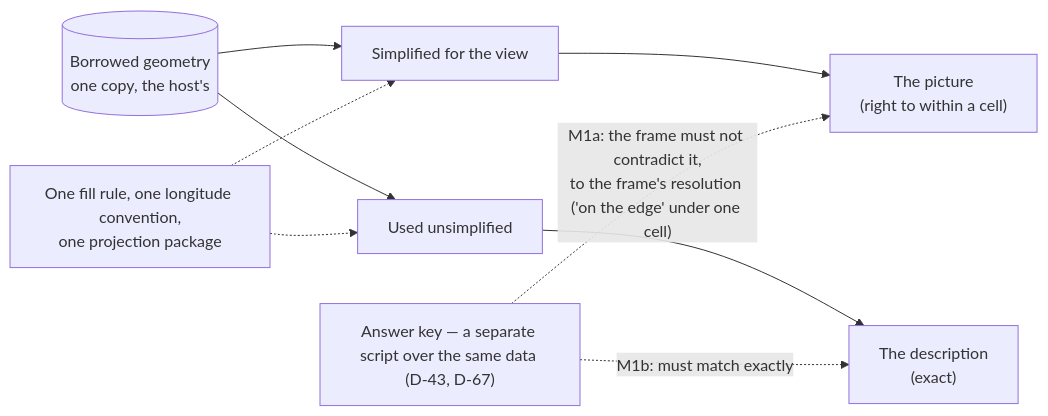
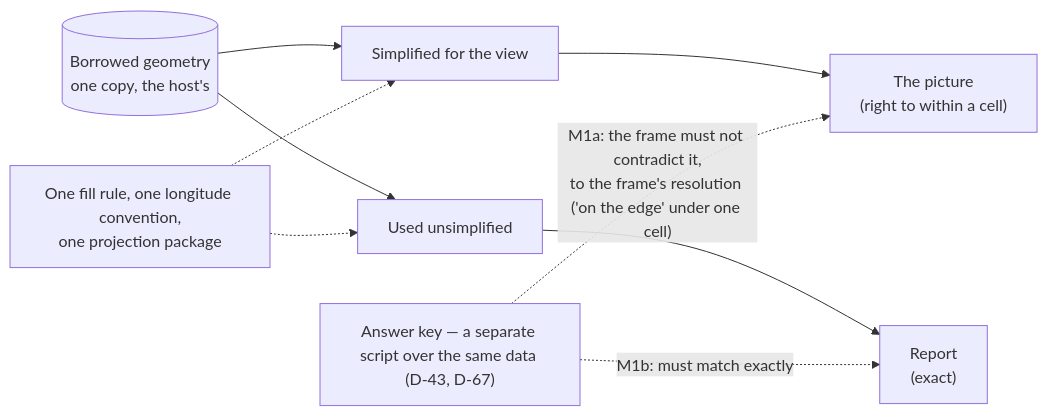
Before and after one commit to branden-thompson/go-tuimaps: the second of 2 diagrams in 06_docs/02_features/go-tuimaps/03-architecture-design/L2-describe.md, drawn with Mermaid. The commit also changed other lines of this file and 544 other files, not shown here.

````diff
--- a/06_docs/02_features/go-tuimaps/03-architecture-design/L2-describe.md
+++ b/06_docs/02_features/go-tuimaps/03-architecture-design/L2-describe.md
@@ -36,9 +47,9 @@
 ```mermaid
 flowchart LR
     SHAPE[("Borrowed geometry<br/>one copy, the host's")] --> SIMP["Simplified for the view"] --> PIC["The picture<br/>(right to within a cell)"]
-    SHAPE --> EXACT["Used unsimplified"] --> TXT["The description<br/>(exact)"]
+    SHAPE --> EXACT["Used unsimplified"] --> TXT["Report<br/>(exact)"]
     RULE["One fill rule, one longitude convention,<br/>one projection package"] -.-> SIMP
     RULE -.-> EXACT
     KEY["Answer key — a separate script over the same data (D-43, D-67)"] -. "M1a: the frame must not contradict it,<br/>to the frame's resolution ('on the edge' under one cell)" .-> PIC
     KEY -. "M1b: must match exactly" .-> TXT
 ```
````
